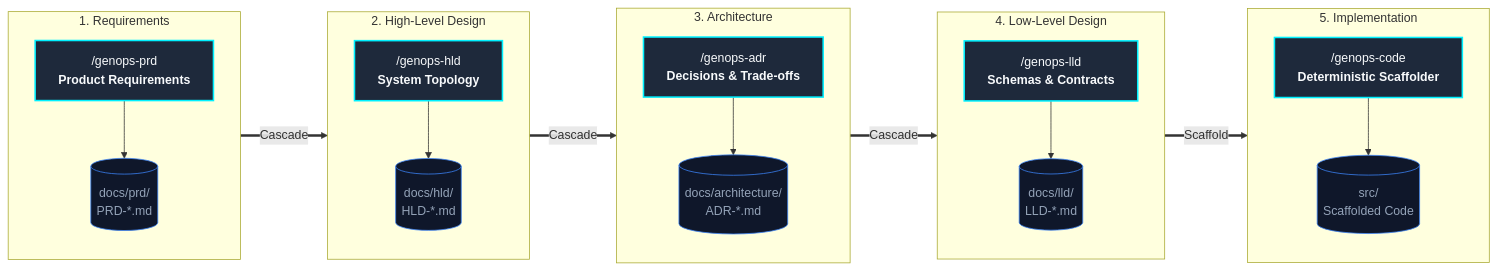
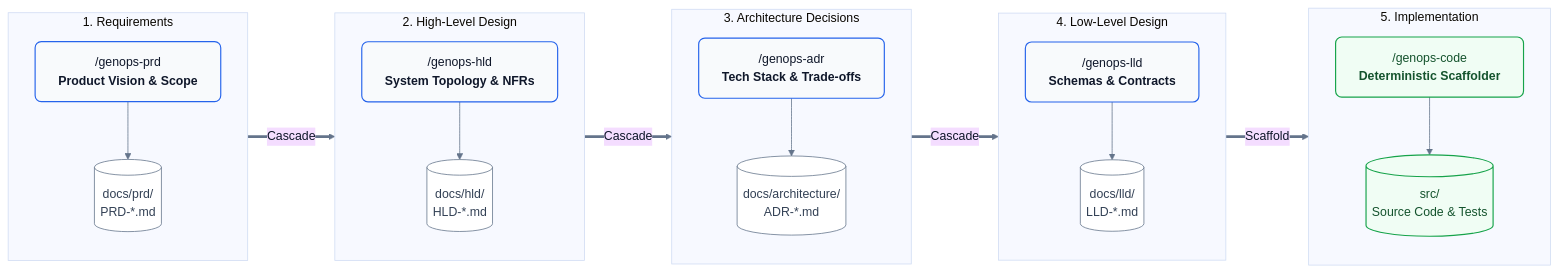
Before and after one commit to seismael/GenOps: the first of 3 diagrams in README.md, drawn with Mermaid. The commit also changed other lines of this file and 2 other files, not shown here.

Commit message:
docs: establish ContextOps architecture with RFC-001 and documentation for usage workflows and project overview.

````diff
--- a/README.md
+++ b/README.md
@@ -7,47 +7,51 @@
 ```mermaid
+%%{init: {'theme': 'base', 'themeVariables': { 'fontFamily': 'Inter, system-ui, sans-serif', 'lineColor': '#64748b', 'primaryTextColor': '#0f172a' }}}%%
 flowchart LR
     subgraph P1 ["1. Requirements"]
         direction TB
-        CMD_PRD["/genops-prd<br/><b>Product Requirements</b>"]
+        CMD_PRD["/genops-prd<br/><b>Product Vision & Scope</b>"]
         DOC_PRD[("docs/prd/<br/>PRD-*.md")]
         CMD_PRD --> DOC_PRD
     end
 
     subgraph P2 ["2. High-Level Design"]
         direction TB
-        CMD_HLD["/genops-hld<br/><b>System Topology</b>"]
+        CMD_HLD["/genops-hld<br/><b>System Topology & NFRs</b>"]
         DOC_HLD[("docs/hld/<br/>HLD-*.md")]
         CMD_HLD --> DOC_HLD
     end
 
-    subgraph P3 ["3. Architecture"]
+    subgraph P3 ["3. Architecture Decisions"]
         direction TB
-        CMD_ADR["/genops-adr<br/><b>Decisions & Trade-offs</b>"]
+        CMD_ADR["/genops-adr<br/><b>Tech Stack & Trade-offs</b>"]
         DOC_ADR[("docs/architecture/<br/>ADR-*.md")]
         CMD_ADR --> DOC_ADR
     end
 
     subgraph P4 ["4. Low-Level Design"]
         direction TB
         CMD_LLD["/genops-lld<br/><b>Schemas & Contracts</b>"]
         DOC_LLD[("docs/lld/<br/>LLD-*.md")]
         CMD_LLD --> DOC_LLD
     end
 
     subgraph P5 ["5. Implementation"]
         direction TB
         CMD_CODE["/genops-code<br/><b>Deterministic Scaffolder</b>"]
-        OUT_SRC[("src/<br/>Scaffolded Code")]
+        OUT_SRC[("src/<br/>Source Code & Tests")]
         CMD_CODE --> OUT_SRC
     end
 
     DOC_PRD ==>|"Cascade"| CMD_HLD
     DOC_HLD ==>|"Cascade"| CMD_ADR
     DOC_ADR ==>|"Cascade"| CMD_LLD
     DOC_LLD ==>|"Scaffold"| CMD_CODE
 
-    classDef stageNode fill:#1e293b,stroke:#00f0ff,stroke-width:2px,color:#f8fafc;
-    classDef docNode fill:#0f172a,stroke:#3b82f6,stroke-width:1px,color:#94a3b8;
-    class CMD_PRD,CMD_HLD,CMD_ADR,CMD_LLD,CMD_CODE stageNode;
-    class DOC_PRD,DOC_HLD,DOC_ADR,DOC_LLD,OUT_SRC docNode;
+    classDef stageNode fill:#f8fafc,stroke:#2563eb,stroke-width:1.5px,color:#0f172a,rx:8px,ry:8px;
+    classDef docNode fill:#ffffff,stroke:#64748b,stroke-width:1px,color:#334155,rx:6px,ry:6px;
+    classDef codeNode fill:#f0fdf4,stroke:#16a34a,stroke-width:1.5px,color:#14532d,rx:8px,ry:8px;
+    
+    class CMD_PRD,CMD_HLD,CMD_ADR,CMD_LLD stageNode;
+    class DOC_PRD,DOC_HLD,DOC_ADR,DOC_LLD docNode;
+    class CMD_CODE,OUT_SRC codeNode;
 ```
````
